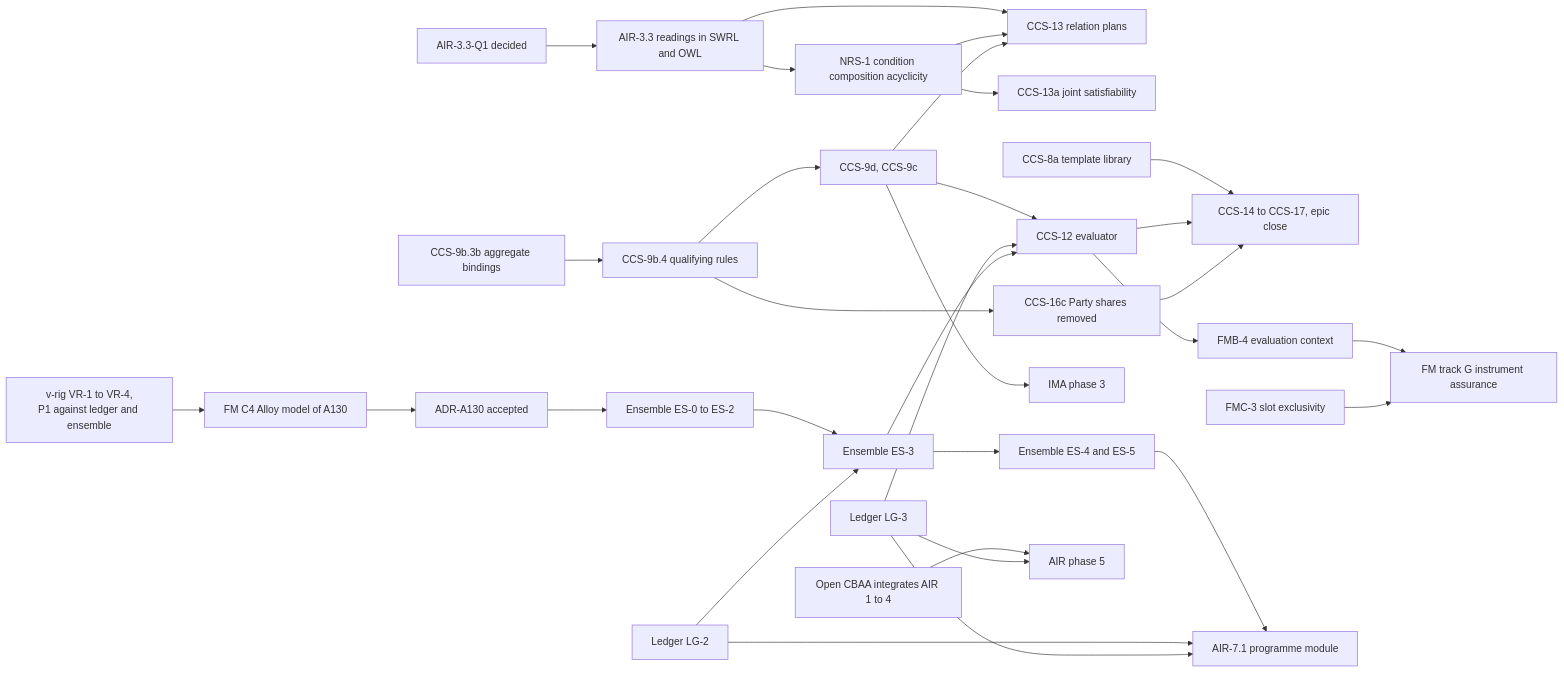
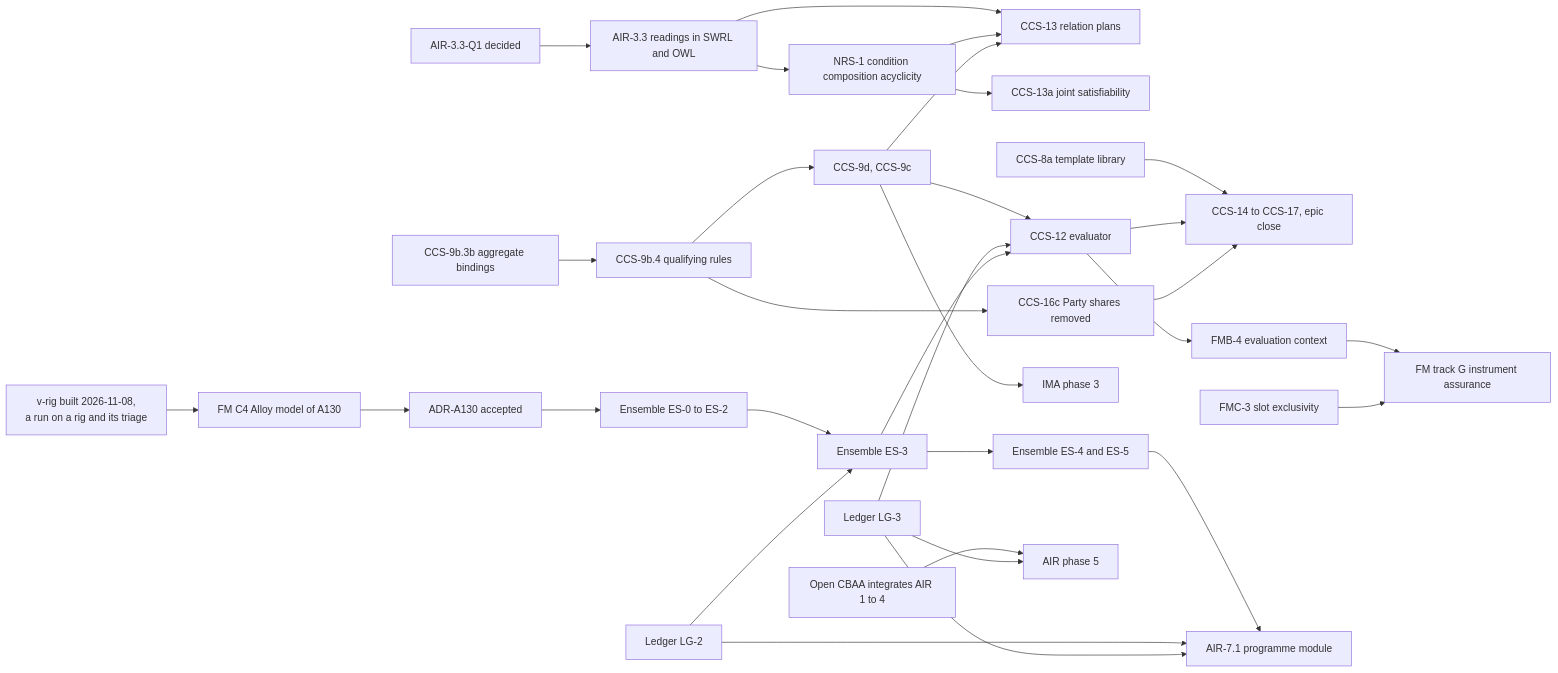
Before and after one commit to nebularis/lattice: diagram 28 of 30 in docs/developer/ROADMAP.md, drawn with Mermaid. The commit also changed other lines of this file and 5 other files, not shown here.

First line of the commit message:
[v-rig] Handoff: roadmap and plan refreshed, every text write pinned

````diff
--- a/docs/developer/ROADMAP.md
+++ b/docs/developer/ROADMAP.md
@@ -863,33 +877,33 @@
 ```mermaid
 flowchart LR
     Q1["AIR-3.3-Q1 decided"] --> AIR33["AIR-3.3 readings in SWRL and OWL"]
     AIR33 --> NRS1["NRS-1 condition composition acyclicity"]
     AIR33 --> CCS13["CCS-13 relation plans"]
     NRS1 --> CCS13
     NRS1 --> CCS13a["CCS-13a joint satisfiability"]
     K93["CCS-9b.3b aggregate bindings"] --> K94["CCS-9b.4 qualifying rules"]
     K94 --> REST["CCS-9d, CCS-9c"]
     REST --> CCS12["CCS-12 evaluator"]
     REST --> CCS13
     LG3C["Ledger LG-3"] --> CCS12
     ES3C["Ensemble ES-3"] --> CCS12
     K8A["CCS-8a template library"] --> CLOSE
     K94 --> K16c["CCS-16c Party shares removed"]
     CCS12 --> FMB4["FMB-4 evaluation context"]
     FMB4 --> G["FM track G instrument assurance"]
     FMC3["FMC-3 slot exclusivity"] --> G
     CCS12 --> CLOSE["CCS-14 to CCS-17, epic close"]
     K16c --> CLOSE
     REST --> IMA3["IMA phase 3"]
-    VR4["v-rig VR-1 to VR-4,<br/>P1 against ledger and ensemble"] --> C4A["FM C4 Alloy model of A130"]
+    VR4["v-rig built 2026-11-08,<br/>a run on a rig and its triage"] --> C4A["FM C4 Alloy model of A130"]
     C4A --> A130["ADR-A130 accepted"]
     A130 --> ES012["Ensemble ES-0 to ES-2"]
     ES012 --> ES3C
     LG2C["Ledger LG-2"] --> ES3C
     ES3C --> ES45["Ensemble ES-4 and ES-5"]
     ES45 --> AIR71["AIR-7.1 programme module"]
     LG2C --> AIR71
     LG3C --> AIR71
     CBAA["Open CBAA integrates AIR 1 to 4"] --> AIR5["AIR phase 5"]
     LG3C --> AIR5
 ```
````
